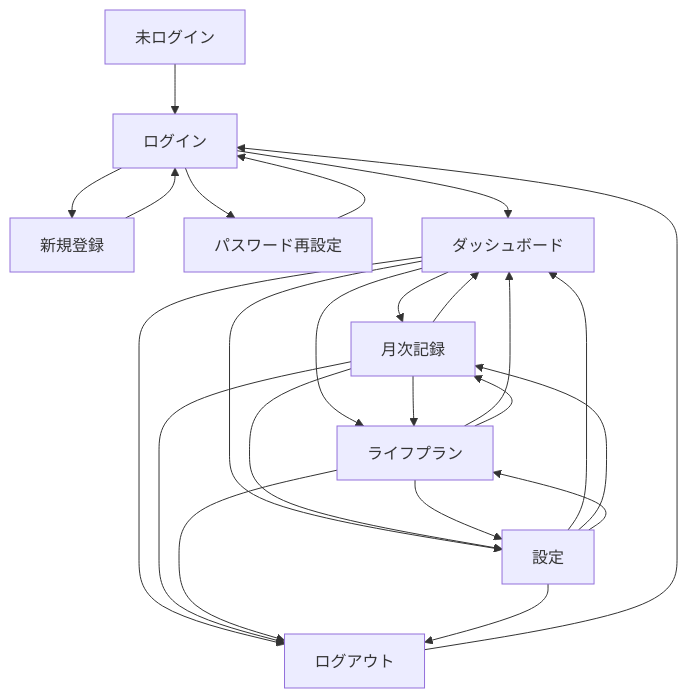
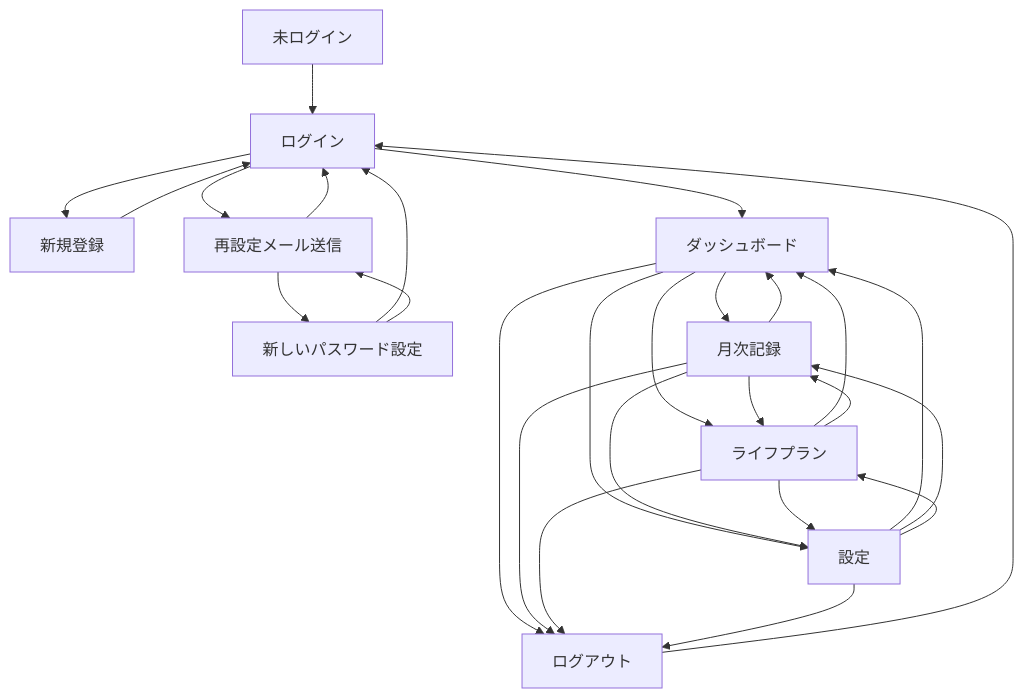
Before and after one commit to ogihaya/asset-management-ver3: the diagram in docs/requirements/public/SCREEN_DESIGN.md, drawn with Mermaid. The commit also changed other lines of this file and 1 other file, not shown here.

````diff
--- a/docs/requirements/public/SCREEN_DESIGN.md
+++ b/docs/requirements/public/SCREEN_DESIGN.md
@@ -19,28 +20,31 @@
 ```mermaid
 graph TD
     A[未ログイン] --> B[ログイン]
     B --> C[新規登録]
-    B --> D[パスワード再設定]
+    B --> D[再設定メール送信]
+    D --> E[新しいパスワード設定]
     C --> B
     D --> B
-    B --> E[ダッシュボード]
+    E --> B
+    E --> D
+    B --> F[ダッシュボード]
 
-    E --> F[月次記録]
-    E --> G[ライフプラン]
-    E --> H[設定]
-    F --> E
-    F --> G
-    F --> H
-    G --> E
+    F --> G[月次記録]
+    F --> H[ライフプラン]
+    F --> I[設定]
     G --> F
     G --> H
-    H --> E
+    G --> I
     H --> F
     H --> G
+    H --> I
+    I --> F
+    I --> G
+    I --> H
 
-    E --> I[ログアウト]
-    F --> I
-    G --> I
-    H --> I
-    I --> B
+    F --> J[ログアウト]
+    G --> J
+    H --> J
+    I --> J
+    J --> B
 ```
````
